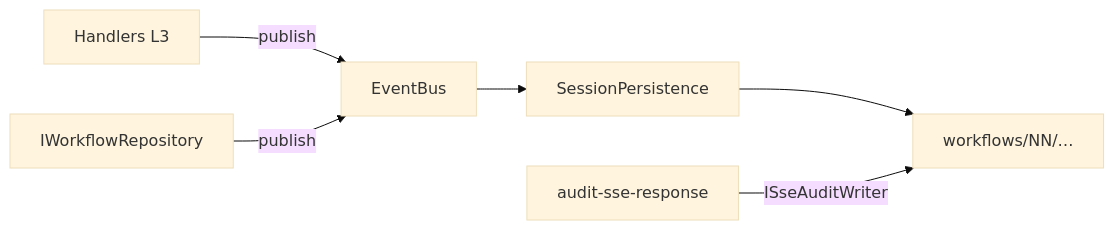
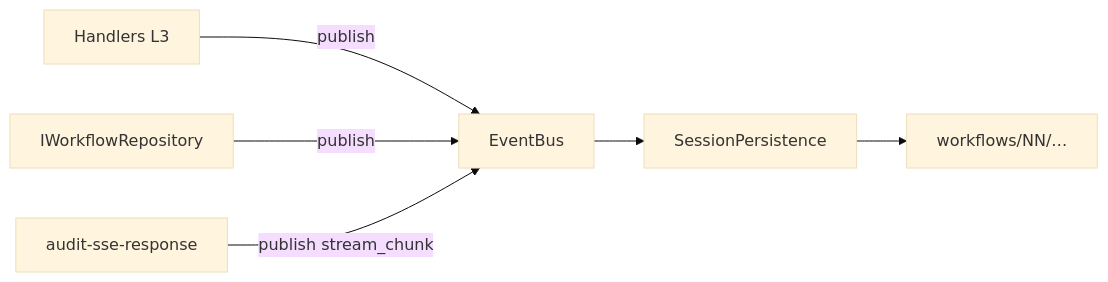
The diagram in docs/session-audit-model.md (CristianRojas-SoftwareEngineer/EvolutiveX-Agent-Orchestrator), drawn with Mermaid (base theme) before and after one commit. The commit also changed other lines of this file and 17 other files, not shown here.

````diff
--- a/docs/session-audit-model.md
+++ b/docs/session-audit-model.md
@@ -153,8 +153,8 @@
 ```mermaid
 flowchart LR
   L3[Handlers L3] -->|publish| Bus[EventBus]
   Corr[IWorkflowRepository] -->|publish| Bus
   Bus --> SP[SessionPersistence]
   SP --> Disk["workflows/NN/…"]
-  SSE[audit-sse-response] -->|ISseAuditWriter| Disk
+  SSE[audit-sse-response] -->|publish stream_chunk| Bus
 ```
````
